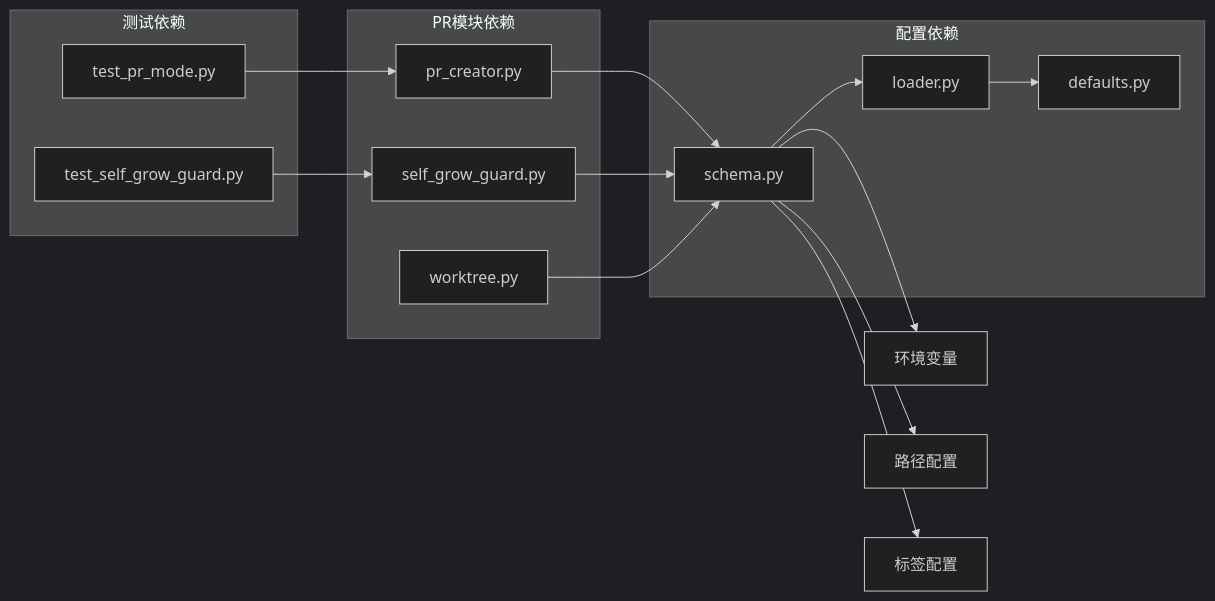
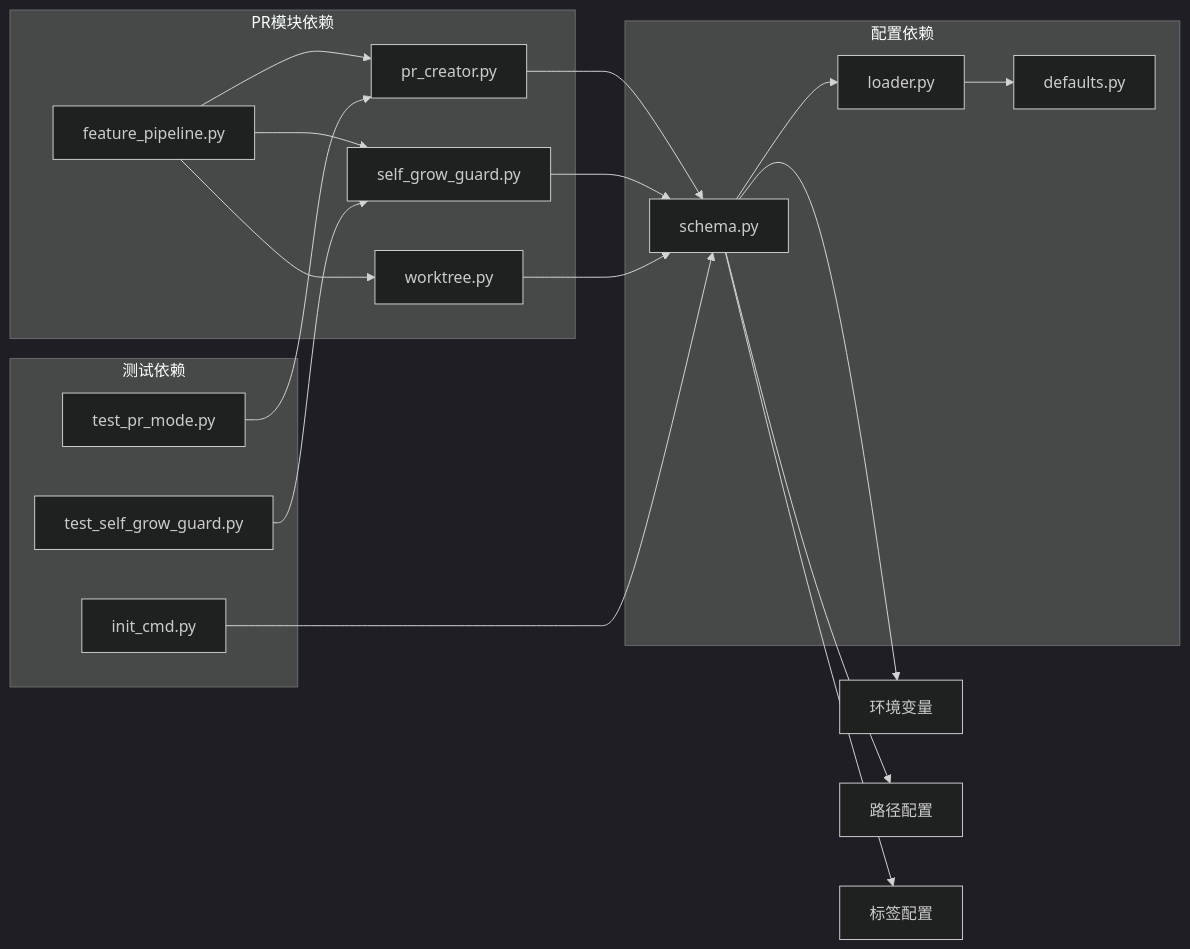
Before and after one commit to pinsonchen/vivify: the seventh of 7 diagrams in .qoder/repowiki/zh/content/技术实现参考/代码替换策略/PR创建和工作树管理.md, drawn with Mermaid (dark theme). The commit also changed other lines of this file and 6 other files, not shown here.

````diff
--- a/.qoder/repowiki/zh/content/技术实现参考/代码替换策略/PR创建和工作树管理.md
+++ b/.qoder/repowiki/zh/content/技术实现参考/代码替换策略/PR创建和工作树管理.md
@@ -235,19 +317,23 @@
 ```mermaid
 graph LR
 subgraph "配置依赖"
 A[schema.py] --> B[loader.py]
 B --> C[defaults.py]
 end
 subgraph "PR模块依赖"
 D[pr_creator.py] --> A
 E[self_grow_guard.py] --> A
 F[worktree.py] --> A
+G[feature_pipeline.py] --> D
+G --> E
+G --> F
 end
 subgraph "测试依赖"
-G[test_pr_mode.py] --> D
-H[test_self_grow_guard.py] --> E
+H[test_pr_mode.py] --> D
+I[test_self_grow_guard.py] --> E
+J[init_cmd.py] --> A
 end
-A --> I[环境变量]
-A --> J[路径配置]
-A --> K[标签配置]
+A --> K[环境变量]
+A --> L[路径配置]
+A --> M[标签配置]
 ```
````
